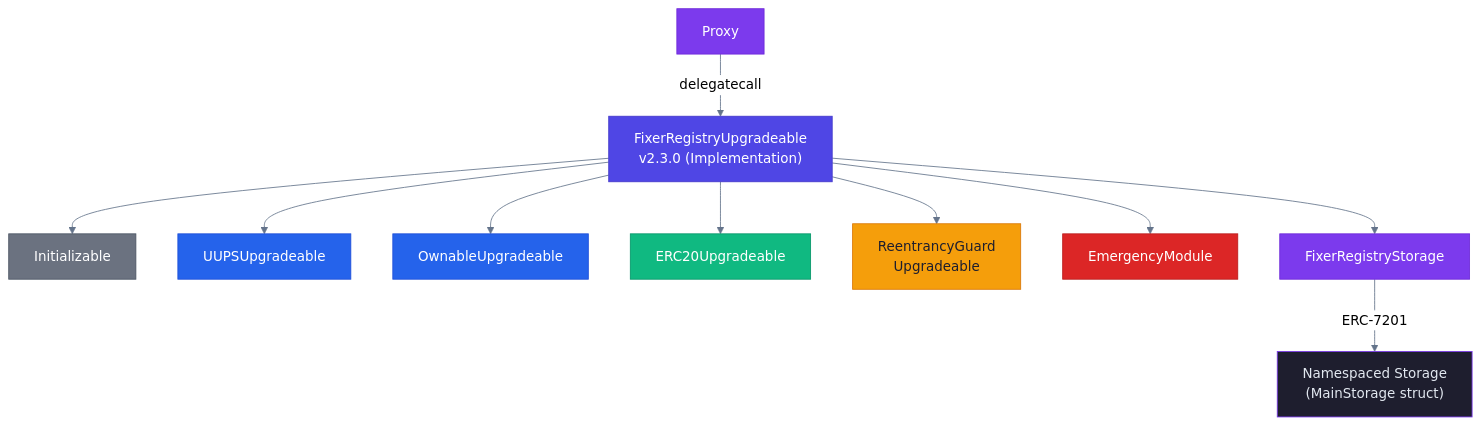
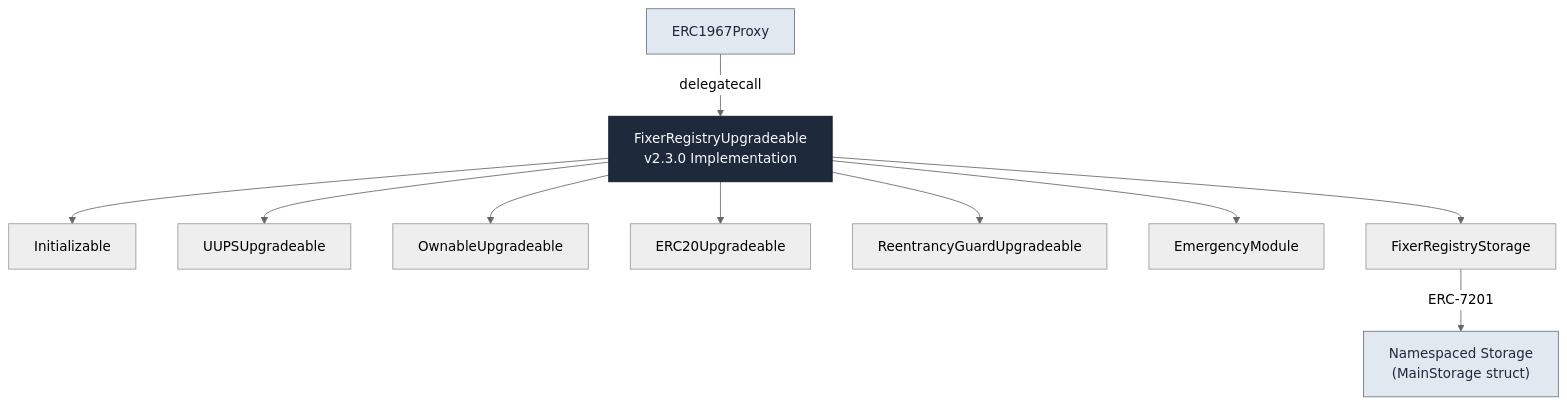
Before and after one commit to guglxni/the-fixer-hook: the diagram in docs/diagrams/SYSTEM_DESIGN_9.mmd, drawn with Mermaid. The commit also changed 51 other files, not shown here.

First line of the commit message:
Redesign all 26 diagrams with professional, monochrome styling

```diff
--- a/docs/diagrams/SYSTEM_DESIGN_9.mmd
+++ b/docs/diagrams/SYSTEM_DESIGN_9.mmd
@@ -1,21 +1,15 @@
-%%{init: {'theme': 'neutral', 'themeVariables': { 'primaryColor': '#2563eb', 'primaryTextColor': '#1e293b', 'primaryBorderColor': '#3b82f6', 'lineColor': '#64748b', 'secondaryColor': '#f1f5f9', 'tertiaryColor': '#e2e8f0'}}}%%
+%%{init: {'theme': 'neutral', 'themeVariables': {'fontFamily': 'Inter, system-ui, sans-serif'}}}%%
 flowchart TD
-    Proxy -->|delegatecall| Impl[" FixerRegistryUpgradeable\nv2.3.0 (Implementation)"]
+    Proxy["ERC1967Proxy"] -->|delegatecall| Impl["FixerRegistryUpgradeable<br/>v2.3.0 Implementation"]
     Impl --> Init["Initializable"]
     Impl --> UUPS["UUPSUpgradeable"]
     Impl --> Own["OwnableUpgradeable"]
     Impl --> ERC20["ERC20Upgradeable"]
-    Impl --> Guard["ReentrancyGuard\nUpgradeable"]
+    Impl --> Guard["ReentrancyGuardUpgradeable"]
     Impl --> Emerg["EmergencyModule"]
     Impl --> Store["FixerRegistryStorage"]
-    Store -->|ERC-7201| NS[" Namespaced Storage\n(MainStorage struct)"]
-    style Proxy fill:#7C3AED,color:#FFFFFF,stroke:#6D28D9
-    style Impl fill:#4F46E5,color:#FFFFFF,stroke:#4338CA
-    style Init fill:#6B7280,color:#FFFFFF,stroke:#4B5563
-    style UUPS fill:#2563EB,color:#FFFFFF,stroke:#1D4ED8
-    style Own fill:#2563EB,color:#FFFFFF,stroke:#1D4ED8
-    style ERC20 fill:#10B981,color:#FFFFFF,stroke:#059669
-    style Guard fill:#F59E0B,color:#1E1E2E,stroke:#D97706
-    style Emerg fill:#DC2626,color:#FFFFFF,stroke:#B91C1C
-    style Store fill:#7C3AED,color:#FFFFFF,stroke:#6D28D9
-    style NS fill:#1E1E2E,color:#E2E8F0,stroke:#7C3AED
+    Store -->|ERC-7201| NS["Namespaced Storage<br/>(MainStorage struct)"]
+
+    style Proxy fill:#e2e8f0,color:#1e293b,stroke:#64748b
+    style Impl fill:#1e293b,color:#f8fafc,stroke:#0f172a
+    style NS fill:#e2e8f0,color:#1e293b,stroke:#64748b
```
